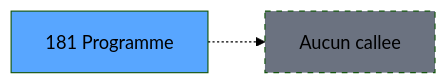
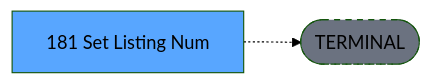
One commit to thonyAGP/lecteur-magic changed the third of 3 diagrams in .openspec/renders/ADH-IDE-181.md. Above: the diagram before and after it, drawn with Mermaid (forest theme). The commit also changed other lines of this file and 701 other files, not shown here.

````diff
--- a/.openspec/renders/ADH-IDE-181.md
+++ b/.openspec/renders/ADH-IDE-181.md
@@ -158,8 +134,8 @@
 ```mermaid
 graph LR
-    T[181 Programme]
-    NONE[Aucun callee]
-    T -.-> NONE
+    T[181 Set Listing Num]
+    TERM([TERMINAL])
+    T -.-> TERM
+    style TERM fill:#6b7280,stroke-dasharray: 5 5
     style T fill:#58a6ff,color:#000
-    style NONE fill:#6b7280,stroke-dasharray: 5 5
 ```
````
